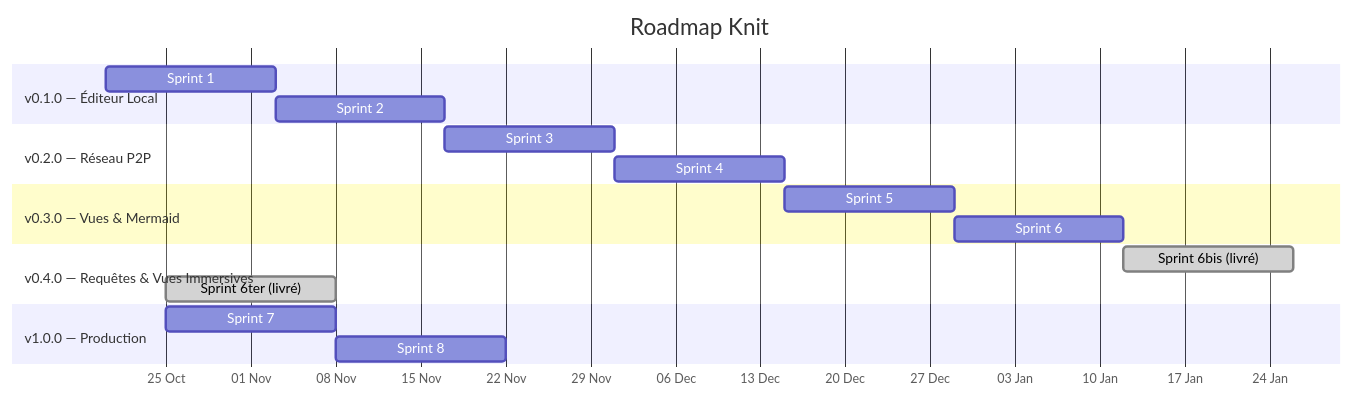
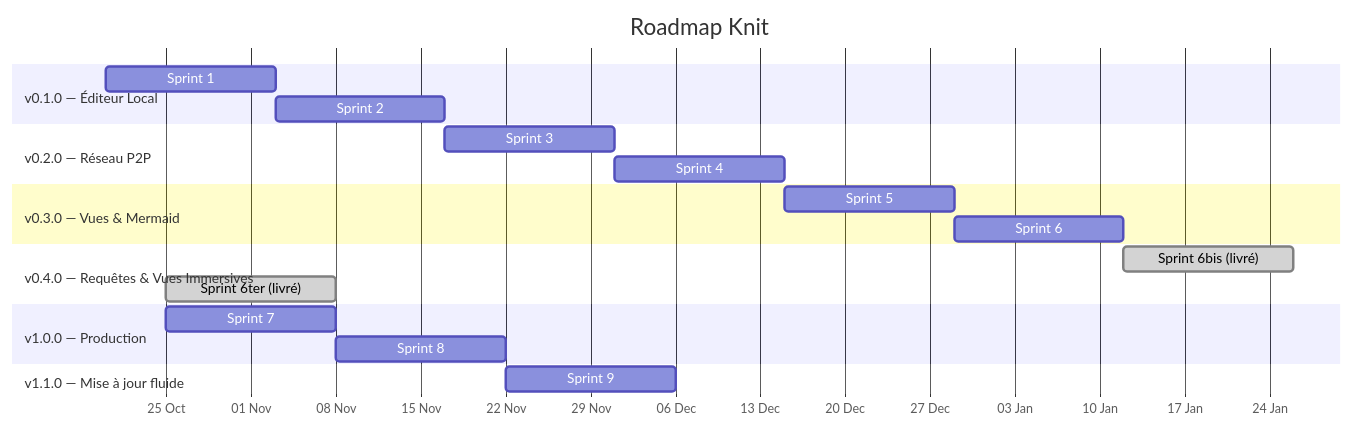
Before and after one commit to Domaine-Tech/knit: the diagram in versions/VERSIONING.md, drawn with Mermaid. The commit also changed other lines of this file and 8 other files, not shown here.

````diff
--- a/versions/VERSIONING.md
+++ b/versions/VERSIONING.md
@@ -211,26 +225,29 @@
 ```mermaid
 gantt
     title Roadmap Knit
     dateFormat YYYY-MM-DD
     axisFormat %d %b
 
     section v0.1.0 — Éditeur Local
     Sprint 1 : s1, 2026-10-20, 14d
     Sprint 2 : s2, after s1, 14d
 
     section v0.2.0 — Réseau P2P
     Sprint 3 : s3, after s2, 14d
     Sprint 4 : s4, after s3, 14d
 
     section v0.3.0 — Vues & Mermaid
     Sprint 5 : s5, after s4, 14d
     Sprint 6 : s6, after s5, 14d
 
     section v0.4.0 — Requêtes & Vues Immersives
     Sprint 6bis (livré) : done, after s6, 14d
     Sprint 6ter (livré) : done, after done, 14d
 
     section v1.0.0 — Production
     Sprint 7 : s7, after done, 14d
     Sprint 8 : s8, after s7, 14d
+
+    section v1.1.0 — Mise à jour fluide
+    Sprint 9 : s9, after s8, 14d
 ```
````
